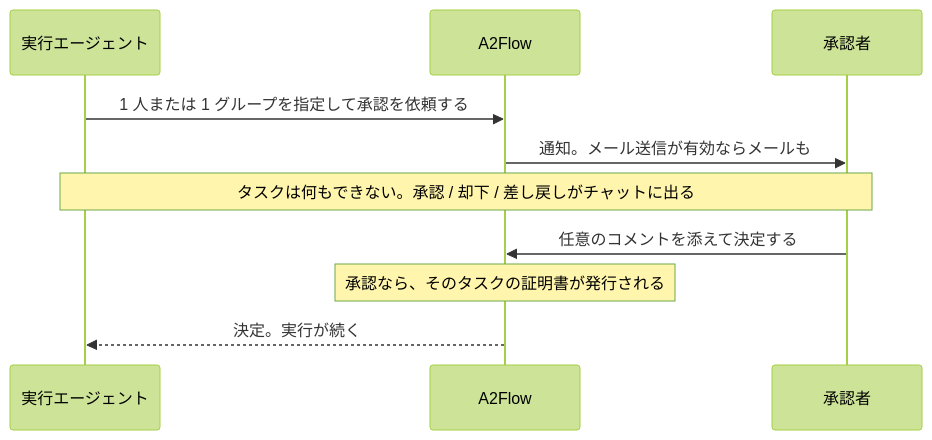
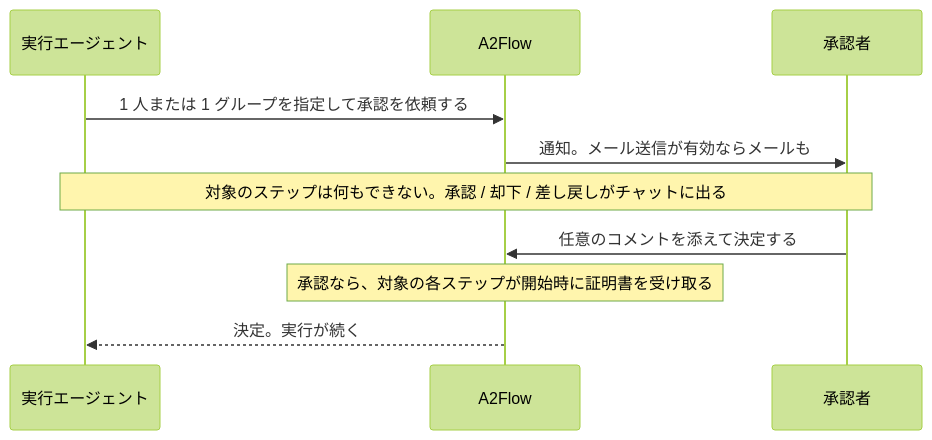
Before and after one commit to kaitoy/a2flow: the first of 2 diagrams in website/i18n/ja/docusaurus-plugin-content-docs/current/architecture/approvals.md, drawn with Mermaid (forest theme). The commit also changed other lines of this file and 37 other files, not shown here.

````diff
--- a/website/i18n/ja/docusaurus-plugin-content-docs/current/architecture/approvals.md
+++ b/website/i18n/ja/docusaurus-plugin-content-docs/current/architecture/approvals.md
@@ -10,12 +10,12 @@
 ```mermaid
 sequenceDiagram
   participant A as 実行エージェント
   participant F as A2Flow
   participant P as 承認者
   A->>F: 1 人または 1 グループを指定して承認を依頼する
   F->>P: 通知。メール送信が有効ならメールも
-  Note over A,P: タスクは何もできない。承認 / 却下 / 差し戻しがチャットに出る
+  Note over A,P: 対象のステップは何もできない。承認 / 却下 / 差し戻しがチャットに出る
   P->>F: 任意のコメントを添えて決定する
-  Note over F: 承認なら、そのタスクの証明書が発行される
+  Note over F: 承認なら、対象の各ステップが開始時に証明書を受け取る
   F-->>A: 決定。実行が続く
 ```
````
